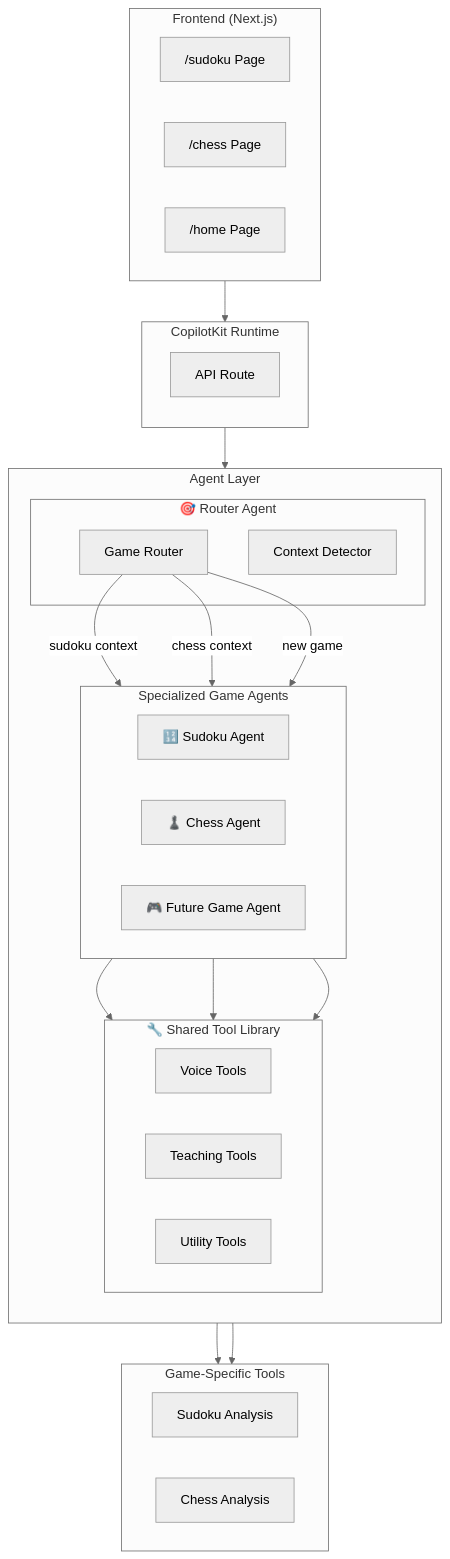
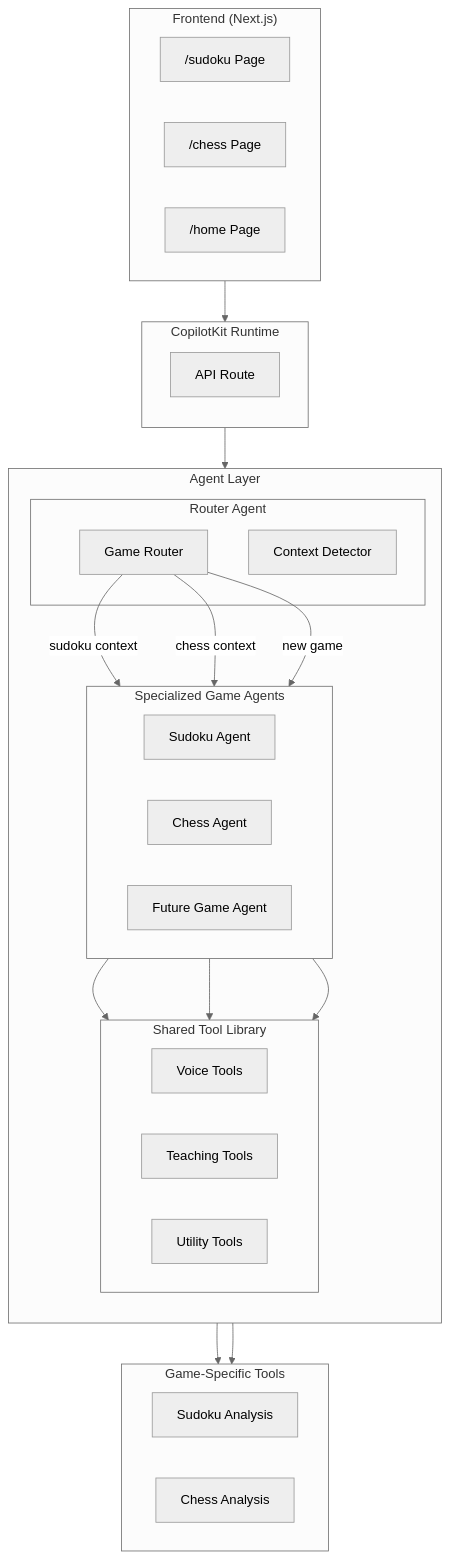
One commit to nitin27may/learnplay-ai changed the second of 8 diagrams in docs/AGENT_ARCHITECTURE_RECOMMENDATIONS.md. Above: the diagram before and after it, drawn with Mermaid (neutral theme). The commit also changed 19 other files, not shown here.

````diff
--- a/docs/AGENT_ARCHITECTURE_RECOMMENDATIONS.md
+++ b/docs/AGENT_ARCHITECTURE_RECOMMENDATIONS.md
@@ -65,54 +65,54 @@
 ```mermaid
 flowchart TB
     subgraph Frontend["Frontend (Next.js)"]
         SP["/sudoku Page"]
         CP["/chess Page"]
         HP["/home Page"]
     end
     
     subgraph CopilotKit["CopilotKit Runtime"]
         direction TB
         CK[API Route]
     end
     
     subgraph Agents["Agent Layer"]
         direction TB
         
-        subgraph Router["🎯 Router Agent"]
+        subgraph Router["Router Agent"]
             RA[Game Router]
             RC[Context Detector]
         end
         
         subgraph Specialized["Specialized Game Agents"]
             direction LR
-            SDA["🔢 Sudoku Agent"]
-            CHA["♟️ Chess Agent"]
-            FGA["🎮 Future Game Agent"]
+            SDA["Sudoku Agent"]
+            CHA["Chess Agent"]
+            FGA["Future Game Agent"]
         end
         
-        subgraph SharedTools["🔧 Shared Tool Library"]
+        subgraph SharedTools["Shared Tool Library"]
             direction LR
             VTL[Voice Tools]
             TTL[Teaching Tools]
             UTL[Utility Tools]
         end
     end
     
     subgraph GameTools["Game-Specific Tools"]
         direction LR
         SDT[Sudoku Analysis]
         CHT[Chess Analysis]
     end
     
     Frontend --> CK
     CK --> RA
     RA -->|"sudoku context"| SDA
     RA -->|"chess context"| CHA
     RA -->|"new game"| FGA
     
     SDA --> SDT
     SDA --> SharedTools
     CHA --> CHT
     CHA --> SharedTools
     FGA --> SharedTools
 ```
````
